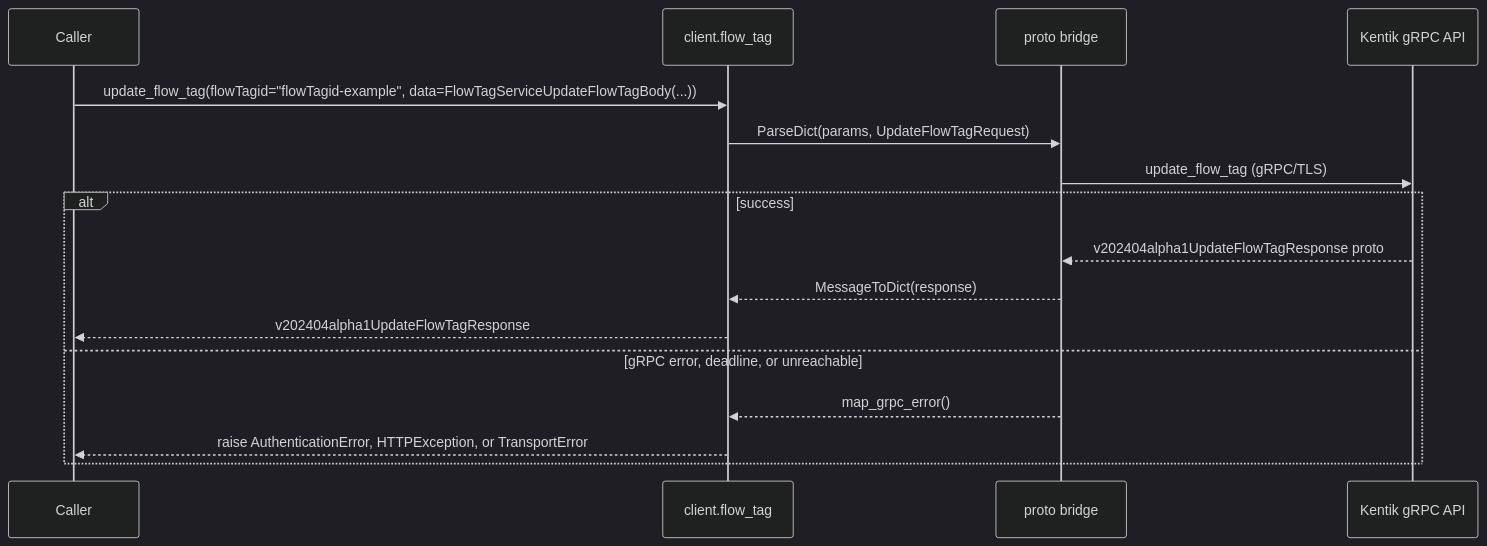
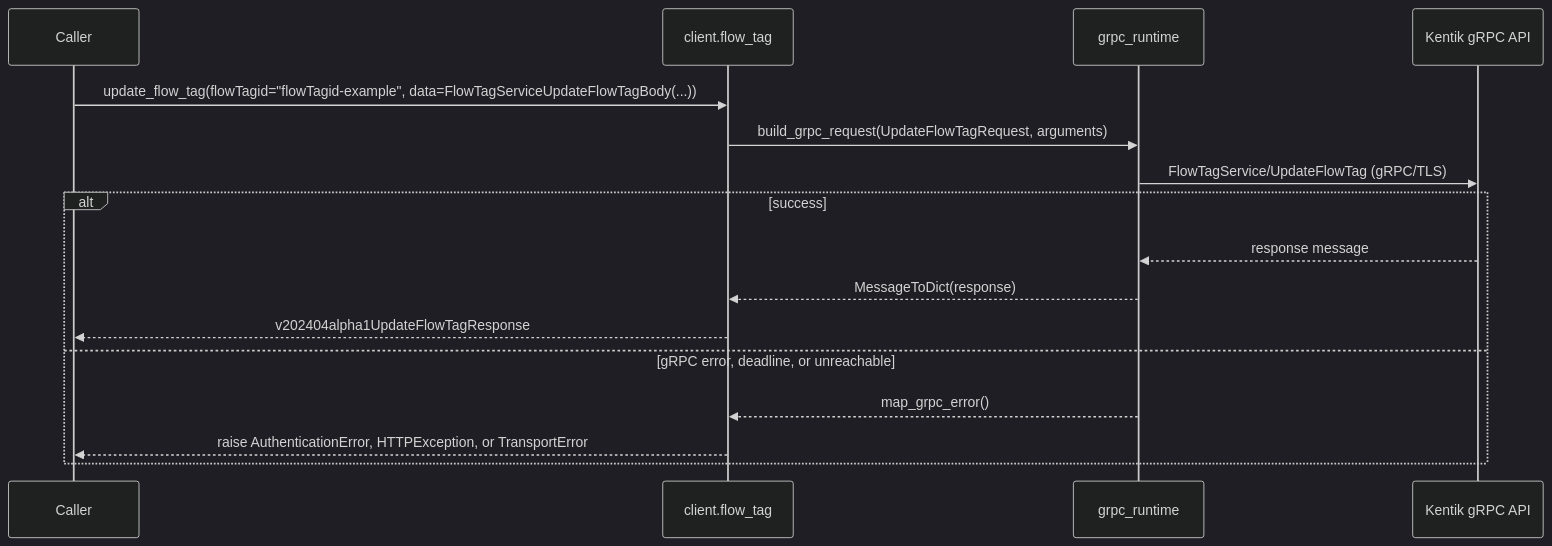
One commit to alexdearaujo/community_sdk_python changed the ninth of 12 diagrams in docs/sphinx/services/flow_tag.md. Above: the diagram before and after it, drawn with Mermaid (dark theme). The commit also changed other lines of this file and 37 other files, not shown here.

First line of the commit message:
docs: show the real RPC in each service page's gRPC diagram

````diff
--- a/docs/sphinx/services/flow_tag.md
+++ b/docs/sphinx/services/flow_tag.md
@@ -289,19 +289,19 @@
 ```mermaid
 sequenceDiagram
     participant C as Caller
     participant W as client.flow_tag
-    participant B as proto bridge
+    participant R as grpc_runtime
     participant API as Kentik gRPC API
 
     C->>W: update_flow_tag(flowTagid="flowTagid-example", data=FlowTagServiceUpdateFlowTagBody(...))
-    W->>B: ParseDict(params, UpdateFlowTagRequest)
-    B->>API: update_flow_tag (gRPC/TLS)
+    W->>R: build_grpc_request(UpdateFlowTagRequest, arguments)
+    R->>API: FlowTagService/UpdateFlowTag (gRPC/TLS)
     alt success
-        API-->>B: v202404alpha1UpdateFlowTagResponse proto
-        B-->>W: MessageToDict(response)
+        API-->>R: response message
+        R-->>W: MessageToDict(response)
         W-->>C: v202404alpha1UpdateFlowTagResponse
     else gRPC error, deadline, or unreachable
-        B-->>W: map_grpc_error()
+        R-->>W: map_grpc_error()
         W-->>C: raise AuthenticationError, HTTPException, or TransportError
     end
 ```
````
